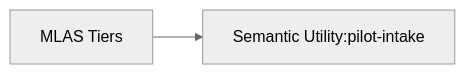
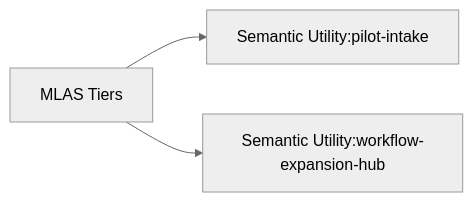
The diagram in workflow/visualizations/mlas-tier-map.mmd (martymcmillan22/gr_project), drawn with Mermaid (neutral theme) before and after one commit. The commit also changed 27 other files, not shown here.

Commit message:
feat(workflow): add governed semantic refactor engine

```diff
--- a/workflow/visualizations/mlas-tier-map.mmd
+++ b/workflow/visualizations/mlas-tier-map.mmd
@@ -1,3 +1,4 @@
 graph LR
     ROOT[MLAS Tiers]
     ROOT --> TIER_pilot_intake[Semantic Utility:pilot-intake]
+    ROOT --> TIER_workflow_expansion_hub[Semantic Utility:workflow-expansion-hub]
```
